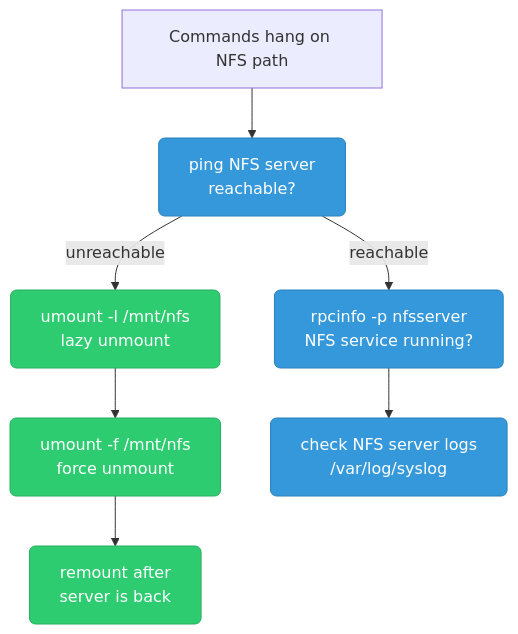
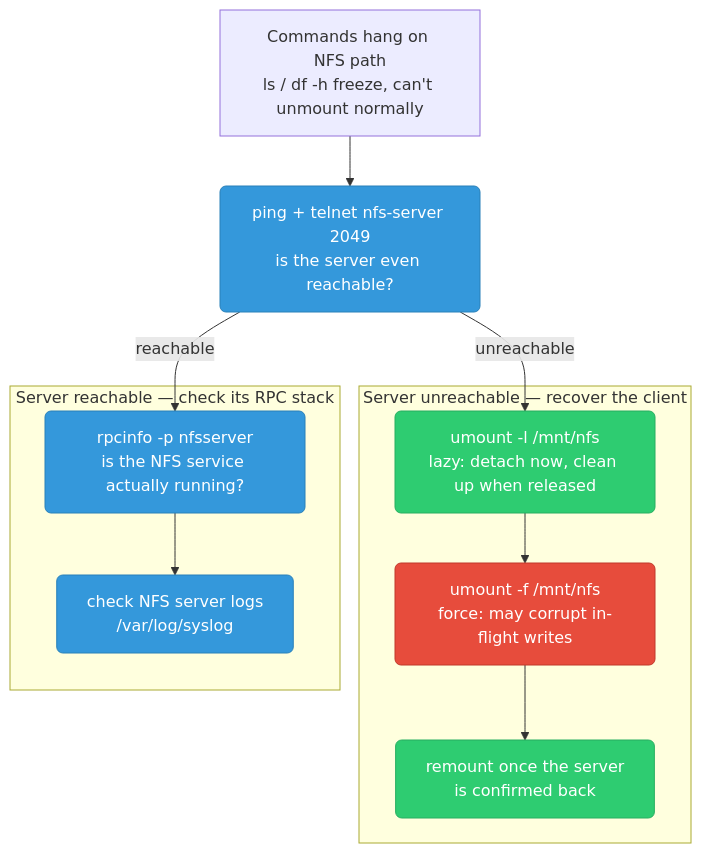
One commit to deepanshu-rawat6/DevOpsIndex changed the eighth of 10 diagrams in sre/linux-debugging.md. Above: the diagram before and after it, drawn with Mermaid. The commit also changed other lines of this file and 10 other files, not shown here.

````diff
--- a/sre/linux-debugging.md
+++ b/sre/linux-debugging.md
@@ -387,18 +559,24 @@
 ```mermaid
 graph TD
     classDef check fill:#3498db,stroke:#2980b9,color:#fff,rx:6
     classDef fix fill:#2ecc71,stroke:#27ae60,color:#fff,rx:6
     classDef warn fill:#e74c3c,stroke:#c0392b,color:#fff,rx:6
 
-    START["Commands hang on NFS path"]
-    PING["ping NFS server<br/>reachable?"]:::check
-    RPC["rpcinfo -p nfsserver<br/>NFS service running?"]:::check
-    LAZY["umount -l /mnt/nfs<br/>lazy unmount"]:::fix
-    FORCE["umount -f /mnt/nfs<br/>force unmount"]:::fix
-    REMOUNT["remount after<br/>server is back"]:::fix
-    SERVER["check NFS server logs<br/>/var/log/syslog"]:::check
+    START["Commands hang on NFS path<br/>ls / df -h freeze, can't unmount normally"]
+    PING["ping + telnet nfs-server 2049<br/>is the server even reachable?"]:::check
+
+    subgraph UNREACHABLE["Server unreachable — recover the client"]
+        LAZY["umount -l /mnt/nfs<br/>lazy: detach now, clean up when released"]:::fix
+        FORCE["umount -f /mnt/nfs<br/>force: may corrupt in-flight writes"]:::warn
+        REMOUNT["remount once the server<br/>is confirmed back"]:::fix
+    end
+
+    subgraph REACHABLE["Server reachable — check its RPC stack"]
+        RPC["rpcinfo -p nfsserver<br/>is the NFS service actually running?"]:::check
+        SERVER["check NFS server logs<br/>/var/log/syslog"]:::check
+    end
 
     START --> PING
     PING -->|"unreachable"| LAZY --> FORCE --> REMOUNT
     PING -->|"reachable"| RPC --> SERVER
 ```
````
